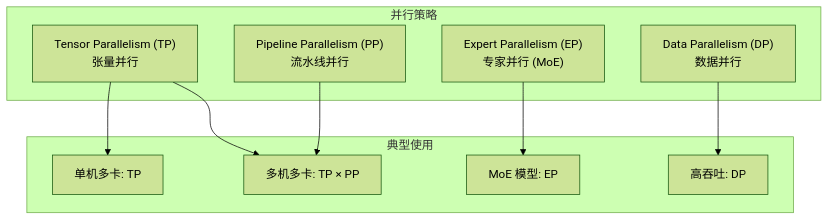
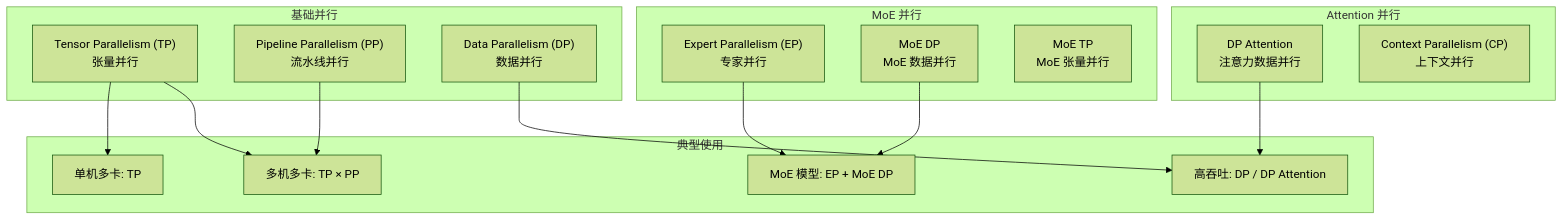
Before and after one commit to wesleyck/AIInfraNotes: the first of 9 diagrams in SGLang/13-parallel-strategies.md, drawn with Mermaid (forest theme). The commit also changed other lines of this file and 26 other files, not shown here.

````diff
--- a/SGLang/13-parallel-strategies.md
+++ b/SGLang/13-parallel-strategies.md
@@ -11,22 +11,34 @@
 ```mermaid
 flowchart TB
-    subgraph Parallelism["并行策略"]
+    subgraph Base["基础并行"]
         TP["Tensor Parallelism (TP)<br/>张量并行"]
         PP["Pipeline Parallelism (PP)<br/>流水线并行"]
-        EP["Expert Parallelism (EP)<br/>专家并行 (MoE)"]
         DP["Data Parallelism (DP)<br/>数据并行"]
     end
-    
+
+    subgraph MoEP["MoE 并行"]
+        EP["Expert Parallelism (EP)<br/>专家并行"]
+        MoEDP["MoE DP<br/>MoE 数据并行"]
+        MoETP["MoE TP<br/>MoE 张量并行"]
+    end
+
+    subgraph AttnP["Attention 并行"]
+        DPAttn["DP Attention<br/>注意力数据并行"]
+        CP["Context Parallelism (CP)<br/>上下文并行"]
+    end
+
     subgraph Usage["典型使用"]
         Single["单机多卡: TP"]
         MultiNode["多机多卡: TP × PP"]
-        MoE["MoE 模型: EP"]
-        HighThroughput["高吞吐: DP"]
+        MoE["MoE 模型: EP + MoE DP"]
+        HighThroughput["高吞吐: DP / DP Attention"]
     end
-    
+
     TP --> Single
     TP --> MultiNode
     PP --> MultiNode
     EP --> MoE
+    MoEDP --> MoE
+    DPAttn --> HighThroughput
     DP --> HighThroughput
 ```
````
